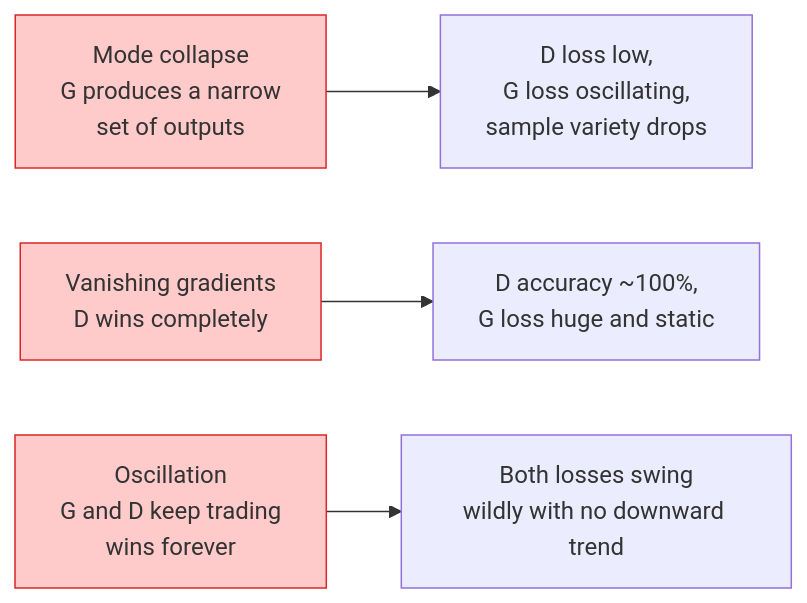
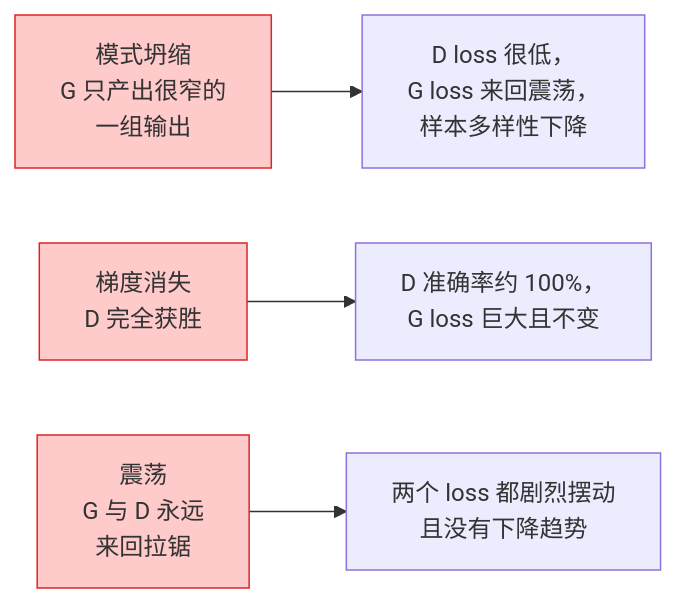
One commit to JerryC8080/ai-engineering-from-scratch-zh changed the second of 2 diagrams in phases/04-computer-vision/09-image-generation-gans/docs/zh.md. Above: the diagram before and after it, drawn with Mermaid. The commit also changed other lines of this file and 156 other files, not shown here.

First line of the commit message:
i18n(zh): translate mermaid diagram labels in 157 lesson zh.md

````diff
--- a/phases/04-computer-vision/09-image-generation-gans/docs/zh.md
+++ b/phases/04-computer-vision/09-image-generation-gans/docs/zh.md
@@ -83,10 +83,10 @@
 ```mermaid
 flowchart LR
-    M1["Mode collapse<br/>G produces a narrow<br/>set of outputs"] --> S1["D loss low,<br/>G loss oscillating,<br/>sample variety drops"]
-    M2["Vanishing gradients<br/>D wins completely"] --> S2["D accuracy ~100%,<br/>G loss huge and static"]
-    M3["Oscillation<br/>G and D keep trading<br/>wins forever"] --> S3["Both losses swing<br/>wildly with no downward trend"]
+    M1["模式坍缩<br/>G 只产出很窄的<br/>一组输出"] --> S1["D loss 很低，<br/>G loss 来回震荡，<br/>样本多样性下降"]
+    M2["梯度消失<br/>D 完全获胜"] --> S2["D 准确率约 100%，<br/>G loss 巨大且不变"]
+    M3["震荡<br/>G 与 D 永远<br/>来回拉锯"] --> S3["两个 loss 都剧烈摆动<br/>且没有下降趋势"]
 
     style M1 fill:#fecaca,stroke:#dc2626
     style M2 fill:#fecaca,stroke:#dc2626
     style M3 fill:#fecaca,stroke:#dc2626
 ```
````
